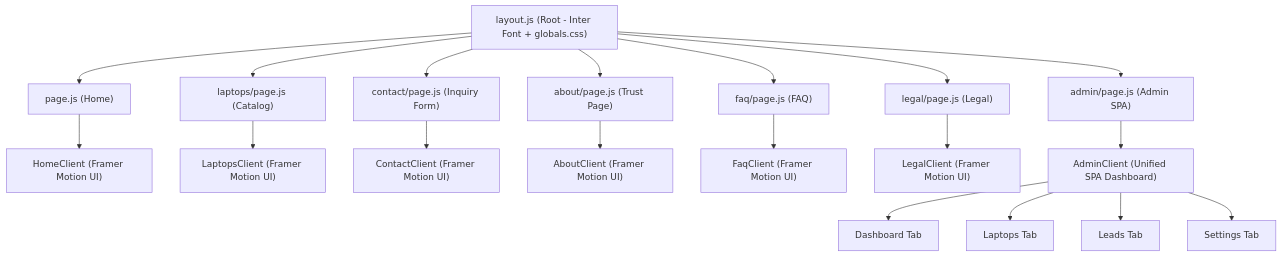
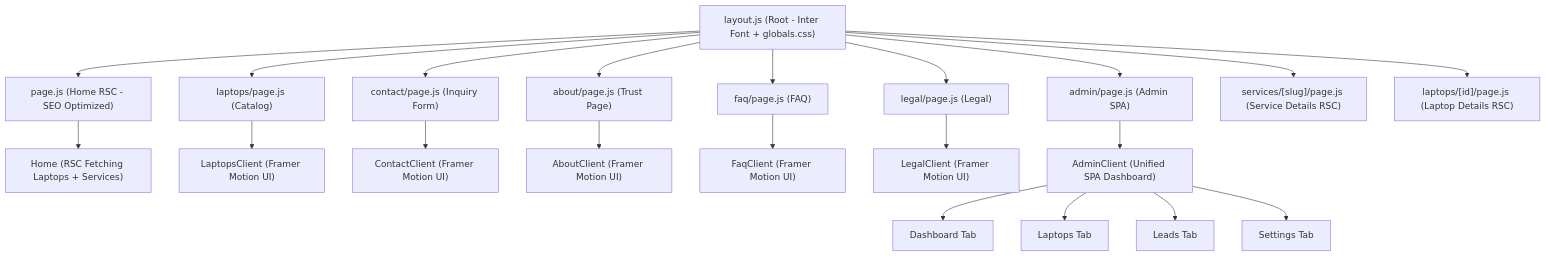
One commit to hemal9102/lap changed the diagram in frontend/ARCHITECTURE.md. Above: the diagram before and after it, drawn with Mermaid. The commit also changed other lines of this file and 19 other files, not shown here.

````diff
--- a/frontend/ARCHITECTURE.md
+++ b/frontend/ARCHITECTURE.md
@@ -13,24 +13,26 @@
 ```mermaid
 graph TD
-    Layout["layout.js (Root - Inter Font + globals.css)"] --> Home["page.js (Home)"]
+    Layout["layout.js (Root - Inter Font + globals.css)"] --> Home["page.js (Home RSC - SEO Optimized)"]
     Layout --> Laptops["laptops/page.js (Catalog)"]
     Layout --> Contact["contact/page.js (Inquiry Form)"]
     Layout --> About["about/page.js (Trust Page)"]
     Layout --> Faq["faq/page.js (FAQ)"]
     Layout --> Legal["legal/page.js (Legal)"]
     Layout --> Admin["admin/page.js (Admin SPA)"]
+    Layout --> ServicesDetail["services/[slug]/page.js (Service Details RSC)"]
+    Layout --> LaptopDetail["laptops/[id]/page.js (Laptop Details RSC)"]
 
-    Home --> HomeClient["HomeClient (Framer Motion UI)"]
+    Home --> HomeServerComponent["Home (RSC Fetching Laptops + Services)"]
     Laptops --> LaptopsClient["LaptopsClient (Framer Motion UI)"]
     Contact --> ContactClient["ContactClient (Framer Motion UI)"]
     About --> AboutClient["AboutClient (Framer Motion UI)"]
     Faq --> FaqClient["FaqClient (Framer Motion UI)"]
     Legal --> LegalClient["LegalClient (Framer Motion UI)"]
     
     Admin --> AdminClient["AdminClient (Unified SPA Dashboard)"]
     
     AdminClient --> DashboardView["Dashboard Tab"]
     AdminClient --> LaptopCRUD["Laptops Tab"]
     AdminClient --> LeadsView["Leads Tab"]
     AdminClient --> SettingsView["Settings Tab"]
 ```
````
